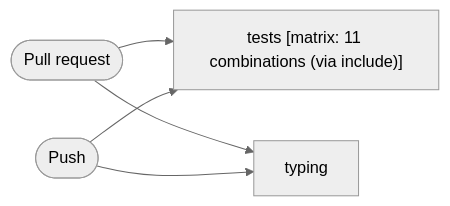
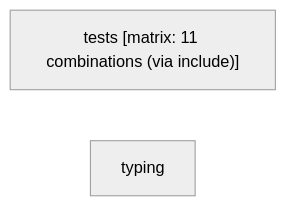
One commit to bhagatshivam/what-is-my-pipeline-doing changed the diagram in tests/golden/flask_tests.md. Above: the diagram before and after it, drawn with Mermaid (neutral theme). The commit also changed other lines of this file and 27 other files, not shown here.

````diff
--- a/tests/golden/flask_tests.md
+++ b/tests/golden/flask_tests.md
@@ -29,11 +37,5 @@
 ```mermaid
 flowchart LR
-    trigger_0(["Pull request"])
-    trigger_1(["Push"])
     tests["tests [matrix: 11 combinations (via include)]"]
     typing["typing"]
-    trigger_0 --> tests
-    trigger_0 --> typing
-    trigger_1 --> tests
-    trigger_1 --> typing
 ```
````
